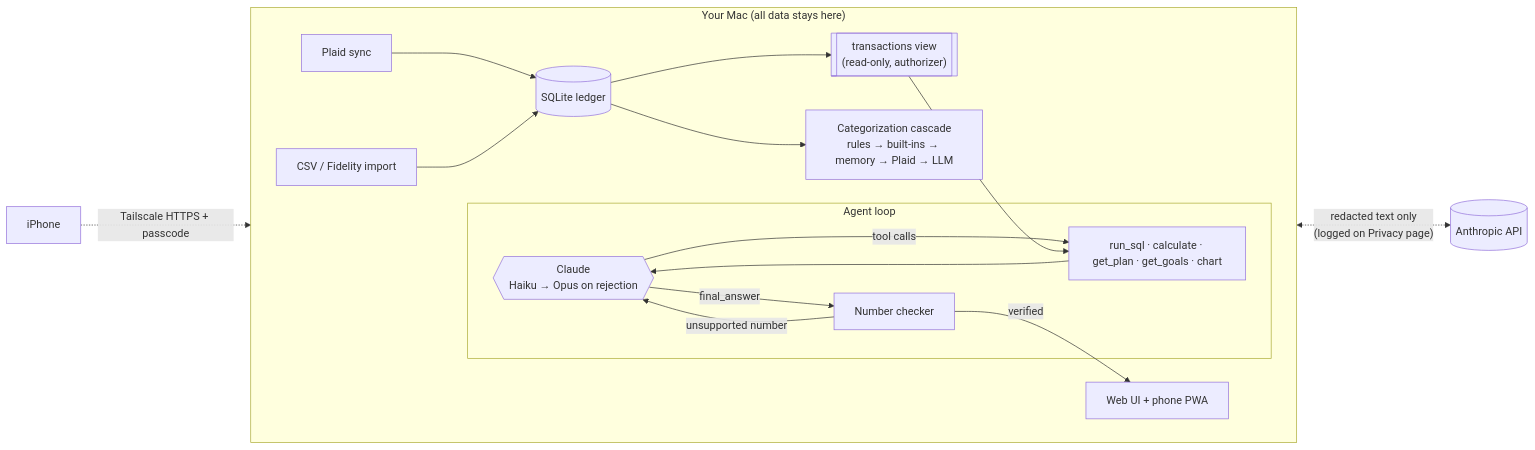
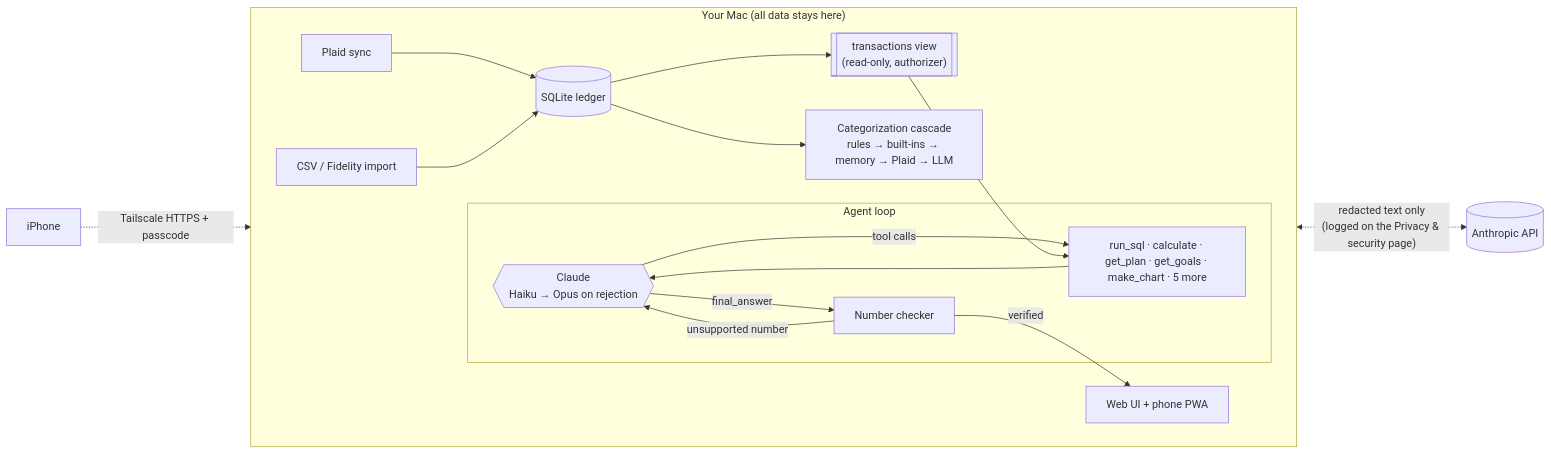
The diagram in README.md (mattthomas7641/personal-finance-agent), drawn with Mermaid before and after one commit. The commit also changed other lines of this file and 7 other files, not shown here.

````diff
--- a/README.md
+++ b/README.md
@@ -9,20 +15,20 @@
 ```mermaid
 flowchart LR
   subgraph Mac["Your Mac (all data stays here)"]
     direction LR
     P[Plaid sync] --> DB[(SQLite ledger)]
     C[CSV / Fidelity import] --> DB
     DB --> CAT["Categorization cascade<br/>rules → built-ins → memory → Plaid → LLM"]
     DB --> V[["transactions view<br/>(read-only, authorizer)"]]
     subgraph Agent["Agent loop"]
-      M{{"Claude<br/>Haiku → Opus on rejection"}} -->|tool calls| T["run_sql · calculate · get_plan · get_goals · chart"]
+      M{{"Claude<br/>Haiku → Opus on rejection"}} -->|tool calls| T["run_sql · calculate · get_plan · get_goals · make_chart · 5 more"]
       T --> M
       M -->|final_answer| K["Number checker"]
       K -->|unsupported number| M
     end
     V --> T
     K -->|verified| UI[Web UI + phone PWA]
   end
-  M <-. "redacted text only<br/>(logged on Privacy page)" .-> API[(Anthropic API)]
+  M <-. "redacted text only<br/>(logged on the Privacy & security page)" .-> API[(Anthropic API)]
   Phone[iPhone] -. "Tailscale HTTPS + passcode" .-> UI
 ```
````
